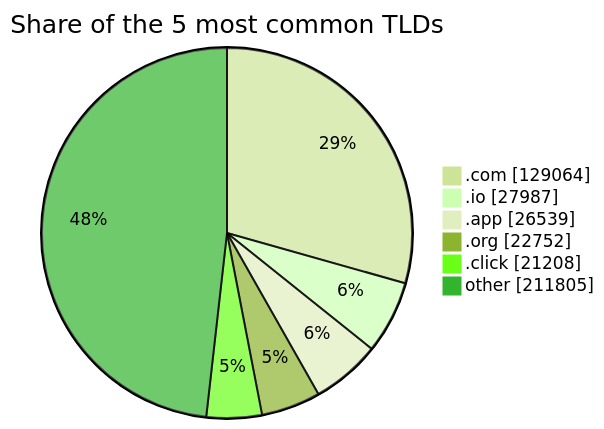
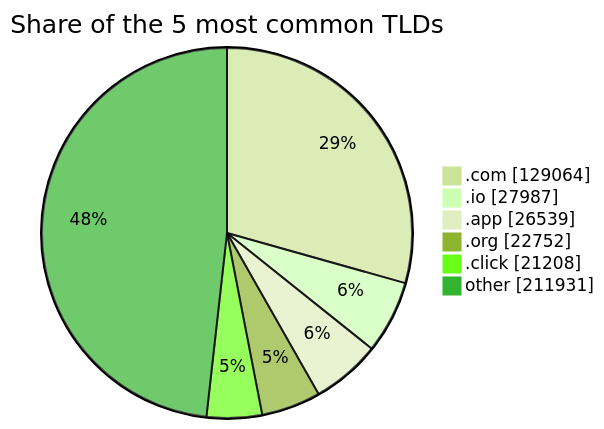
Before and after one commit to DNSBunker/CTI: the third of 3 diagrams in README.md, drawn with Mermaid (forest theme). The commit also changed other lines of this file and 3 other files, not shown here.

````diff
--- a/README.md
+++ b/README.md
@@ -81,9 +81,9 @@
 ```mermaid
 pie showData title Share of the 5 most common TLDs
     ".com" : 129064
     ".io" : 27987
     ".app" : 26539
     ".org" : 22752
     ".click" : 21208
-    "other" : 211805
+    "other" : 211931
 ```
````
